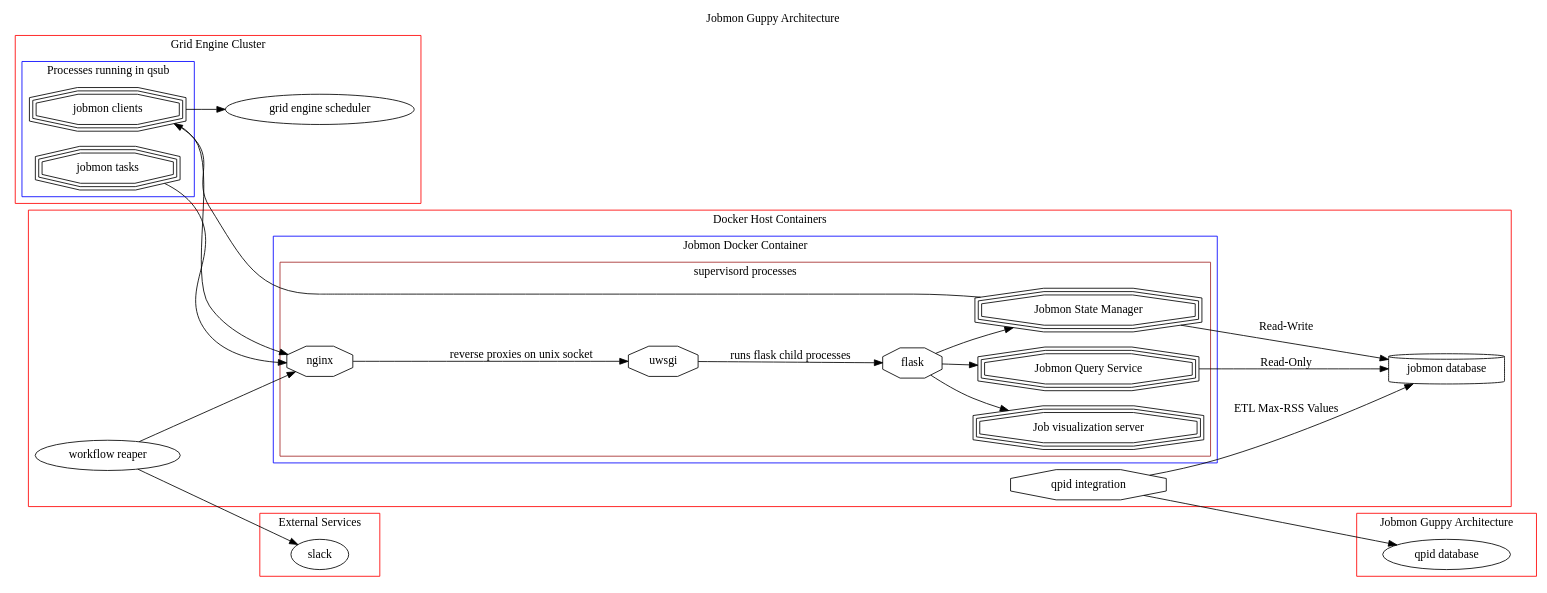
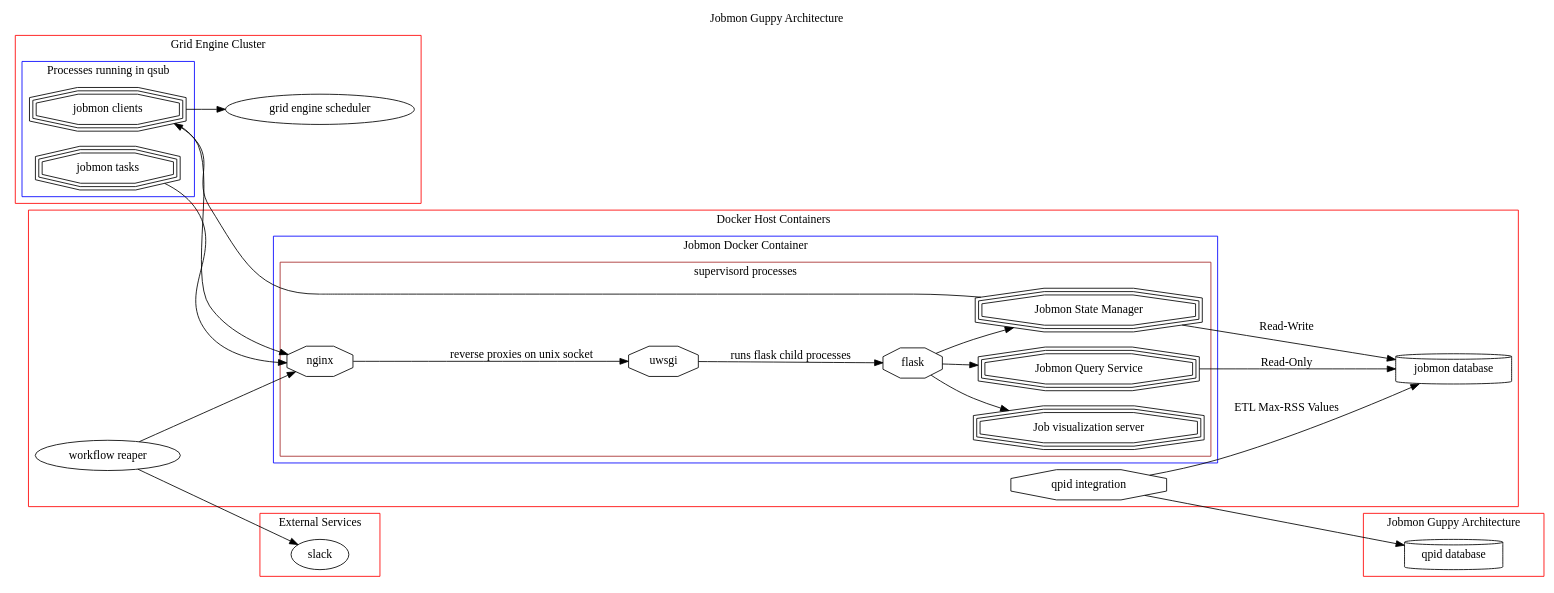
Before and after one commit to eekcoopuw/jobmon: the diagram in docsource/architecture.rst, drawn with Graphviz.

Commit message:
adding shapt to qpid db

```diff
--- a/docsource/architecture.rst
+++ b/docsource/architecture.rst
@@ -9,70 +9,70 @@
 .. graphviz::
 
   digraph G {
     label="Jobmon Guppy Architecture"
     rankdir=LR; // Left to right direction
     compound=true;
     labelloc="t";
 
     subgraph "cluster_external" {
         graph[style=solid; color=red];
         label="External Services"
         "slack" [shape="oval"]
     }
 
     subgraph "cluster_grid_engine" {
         graph[style=solid; color=red];
         label="Grid Engine Cluster";
         subgraph "cluster_qsub" {
             graph [color="blue"]
           label="Processes running in qsub"
           "jobmon clients" ["shape"="tripleoctagon"]
           "jobmon tasks" ["shape"="tripleoctagon"]
         }
       "grid engine scheduler" [shape="oval"]
       "jobmon clients" -> "grid engine scheduler"
 
     }
     subgraph cluster_qpid_db {
       graph[style=solid; color=red];
-      "qpid database"
+      "qpid database" [shape="cylinder"]
     }
     subgraph "cluster_docker-host" {
       graph[style=solid; color=red];
       label="Docker Host Containers";
       "jobmon database" [shape="cylinder"]
       subgraph "cluster_jobmon-container" {
         graph[style=solid; color=blue];
         label="Jobmon Docker Container";
         subgraph "cluster_supervisord" {
           label="supervisord processes";
           graph[style=solid; color=brown];
           "nginx" [shape="octagon"]
           "uwsgi" [shape="octagon"]
           "flask" [shape="octagon"]
           "Jobmon State Manager" [shape="tripleoctagon"]
           "Jobmon Query Service" [shape="tripleoctagon"]
           "Job visualization server" [shape="tripleoctagon"]
           {rank=same; "Jobmon State Manager"; "Jobmon Query Service"}
         }
       }
       "qpid integration" [shape="octagon"]
       "nginx" -> "uwsgi" [label="reverse proxies on unix socket"]
       "uwsgi" -> "flask" [label="runs flask child processes"]
       "flask" -> "Jobmon State Manager"
       "flask" -> "Jobmon Query Service"
       "flask" -> "Job visualization server"
       "jobmon clients" -> "nginx"
       "jobmon tasks" -> "nginx"
       "Jobmon State Manager" -> "jobmon database" [label="Read-Write"]
       "Jobmon Query Service" -> "jobmon database" [label="Read-Only"]
       "workflow reaper" -> "nginx"
 
       "Jobmon State Manager" -> "jobmon clients"
     }
 
 
     "workflow reaper" -> "slack"
     "qpid integration" -> "qpid database"
     "qpid integration" -> "jobmon database"  [label="ETL Max-RSS Values"]
   }
```
